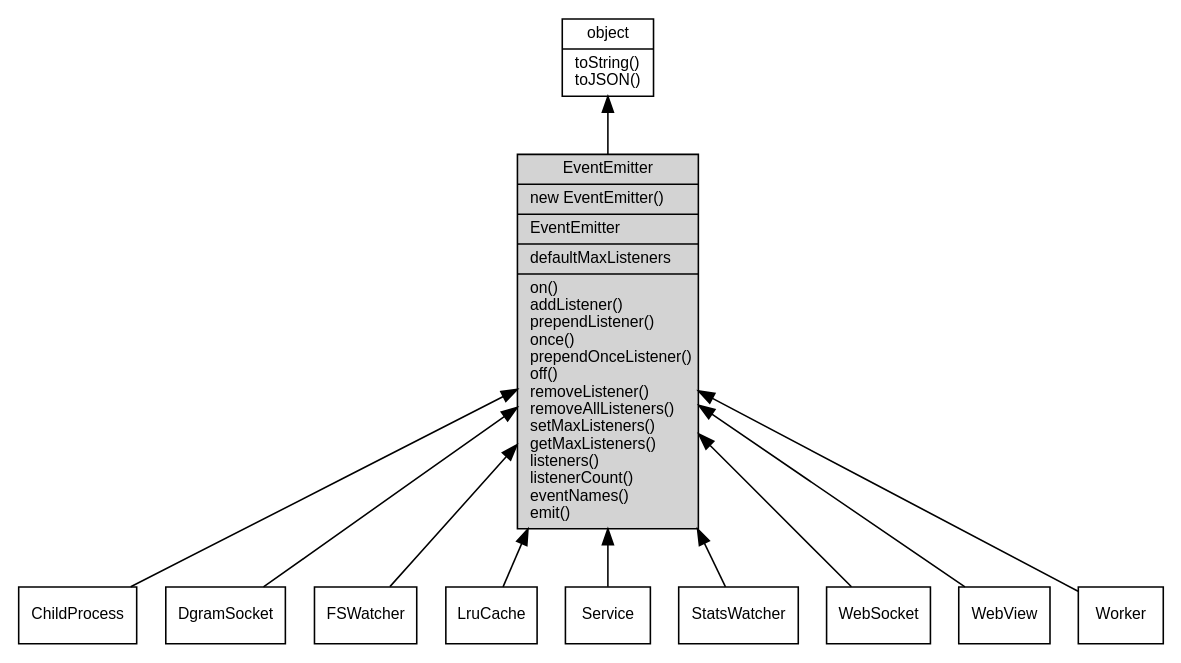
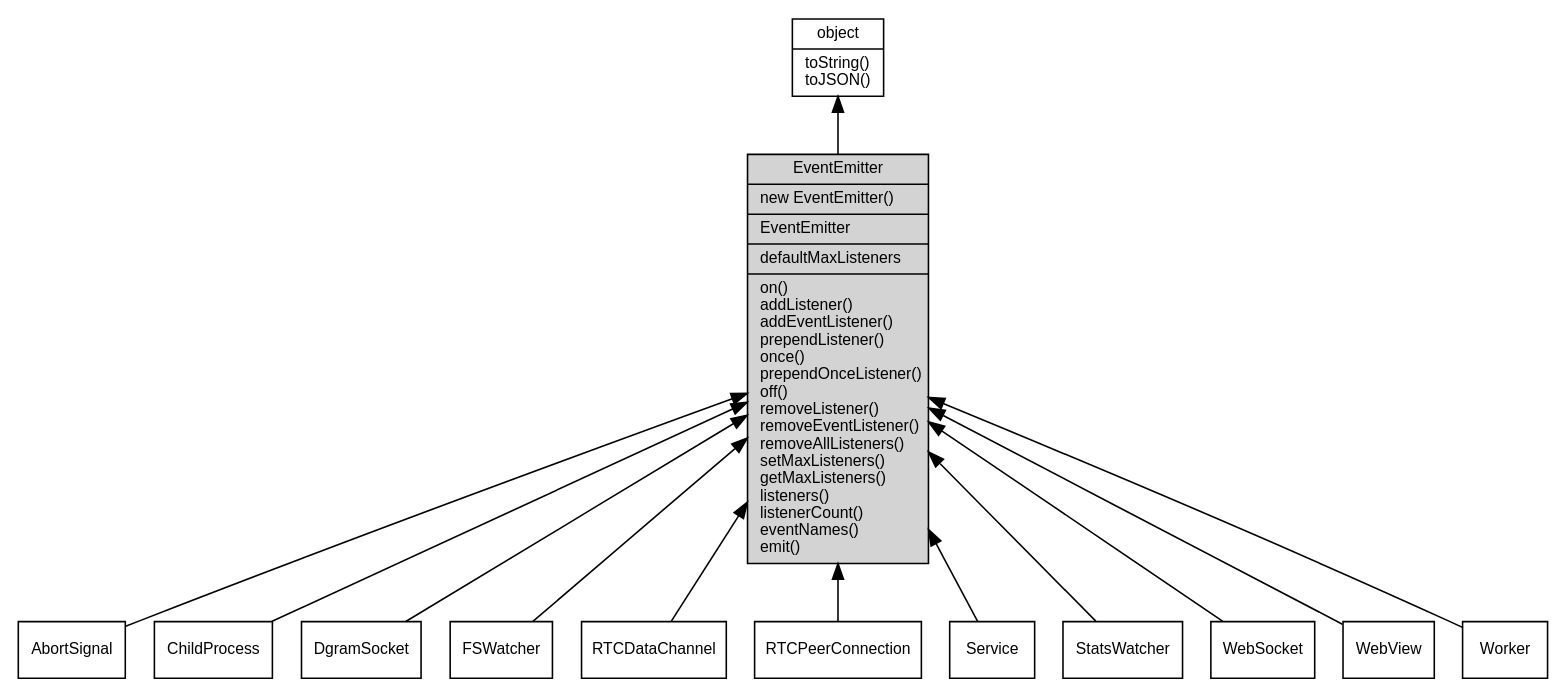
Before and after one commit to fibjs/fibjs.org: the diagram in docs/manual/object/ifs/EventEmitter.md, drawn with Graphviz. The commit also changed other lines of this file and 58 other files, not shown here.

````diff
--- a/docs/manual/object/ifs/EventEmitter.md
+++ b/docs/manual/object/ifs/EventEmitter.md
@@ -41,28 +41,32 @@
 ```dot
 digraph {
     node [fontname="Helvetica,sans-Serif", fontsize=10, shape="record", style="filled", fillcolor="white"];
 
     object [tooltip="object", URL="object.md", label="{object|toString()\ltoJSON()\l}"];
-    EventEmitter [tooltip="EventEmitter", fillcolor="lightgray", id="me", label="{EventEmitter|new EventEmitter()\l|EventEmitter\l|defaultMaxListeners\l|on()\laddListener()\lprependListener()\lonce()\lprependOnceListener()\loff()\lremoveListener()\lremoveAllListeners()\lsetMaxListeners()\lgetMaxListeners()\llisteners()\llistenerCount()\leventNames()\lemit()\l}"];
+    EventEmitter [tooltip="EventEmitter", fillcolor="lightgray", id="me", label="{EventEmitter|new EventEmitter()\l|EventEmitter\l|defaultMaxListeners\l|on()\laddListener()\laddEventListener()\lprependListener()\lonce()\lprependOnceListener()\loff()\lremoveListener()\lremoveEventListener()\lremoveAllListeners()\lsetMaxListeners()\lgetMaxListeners()\llisteners()\llistenerCount()\leventNames()\lemit()\l}"];
+    AbortSignal [tooltip="AbortSignal", URL="AbortSignal.md", label="{AbortSignal}"];
     ChildProcess [tooltip="ChildProcess", URL="ChildProcess.md", label="{ChildProcess}"];
     DgramSocket [tooltip="DgramSocket", URL="DgramSocket.md", label="{DgramSocket}"];
     FSWatcher [tooltip="FSWatcher", URL="FSWatcher.md", label="{FSWatcher}"];
-    LruCache [tooltip="LruCache", URL="LruCache.md", label="{LruCache}"];
+    RTCDataChannel [tooltip="RTCDataChannel", URL="RTCDataChannel.md", label="{RTCDataChannel}"];
+    RTCPeerConnection [tooltip="RTCPeerConnection", URL="RTCPeerConnection.md", label="{RTCPeerConnection}"];
     Service [tooltip="Service", URL="Service.md", label="{Service}"];
     StatsWatcher [tooltip="StatsWatcher", URL="StatsWatcher.md", label="{StatsWatcher}"];
     WebSocket [tooltip="WebSocket", URL="WebSocket.md", label="{WebSocket}"];
     WebView [tooltip="WebView", URL="WebView.md", label="{WebView}"];
     Worker [tooltip="Worker", URL="Worker.md", label="{Worker}"];
 
     object -> EventEmitter [dir=back];
+    EventEmitter -> AbortSignal [dir=back];
     EventEmitter -> ChildProcess [dir=back];
     EventEmitter -> DgramSocket [dir=back];
     EventEmitter -> FSWatcher [dir=back];
-    EventEmitter -> LruCache [dir=back];
+    EventEmitter -> RTCDataChannel [dir=back];
+    EventEmitter -> RTCPeerConnection [dir=back];
     EventEmitter -> Service [dir=back];
     EventEmitter -> StatsWatcher [dir=back];
     EventEmitter -> WebSocket [dir=back];
     EventEmitter -> WebView [dir=back];
     EventEmitter -> Worker [dir=back];
 }
 ```
````
